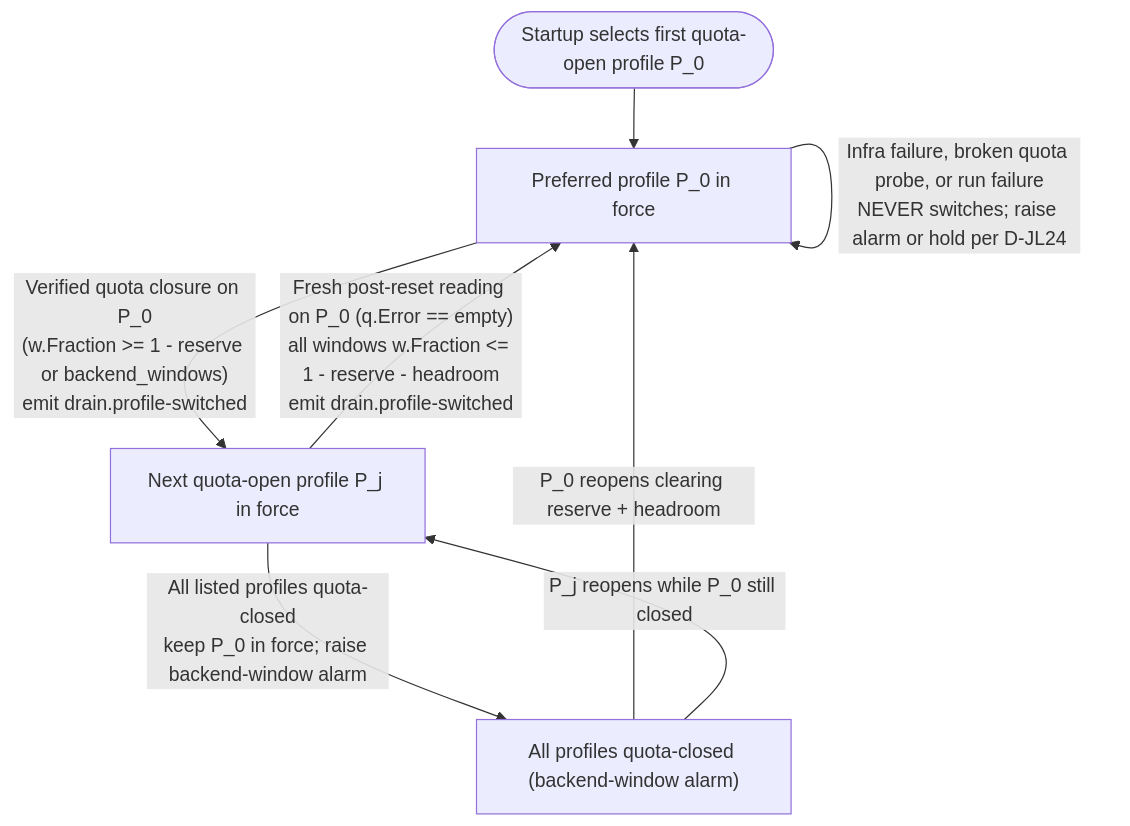
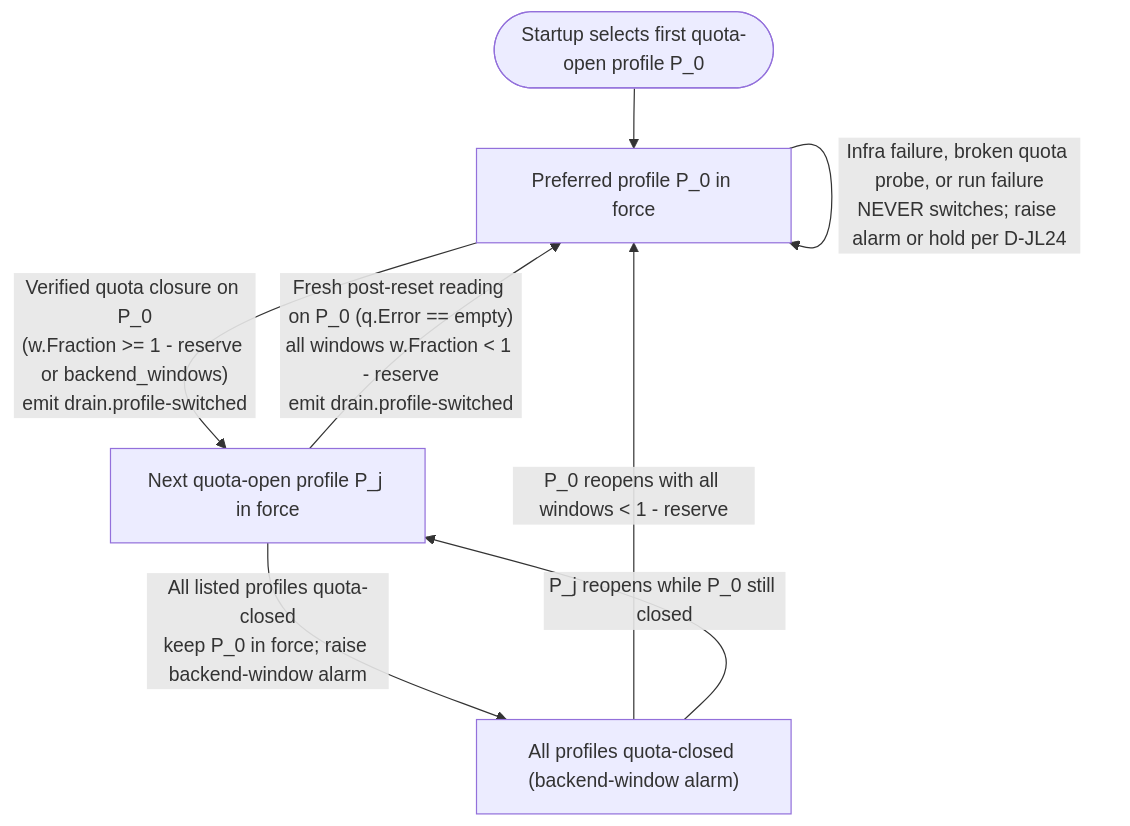
Before and after one commit to mschulkind-oss/tillr: the diagram in docs/design/tillr-quota-profile-switching.md, drawn with Mermaid. The commit also changed other lines of this file, not shown here.

Commit message:
docs(design): record 2026-11-28 owner rulings on quota profile switching

````diff
--- a/docs/design/tillr-quota-profile-switching.md
+++ b/docs/design/tillr-quota-profile-switching.md
@@ -164,10 +167,10 @@
 ```mermaid
 flowchart TD
     Start(["Startup selects first quota-open profile P_0"]) --> Pref["Preferred profile P_0 in force"]
     Pref -->|"Verified quota closure on P_0<br/>(w.Fraction >= 1 - reserve or backend_windows)<br/>emit drain.profile-switched"| Fall["Next quota-open profile P_j in force"]
     Pref -->|"Infra failure, broken quota probe, or run failure<br/>NEVER switches; raise alarm or hold per D-JL24"| Pref
-    Fall -->|"Fresh post-reset reading on P_0 (q.Error == empty)<br/>all windows w.Fraction <= 1 - reserve - headroom<br/>emit drain.profile-switched"| Pref
+    Fall -->|"Fresh post-reset reading on P_0 (q.Error == empty)<br/>all windows w.Fraction < 1 - reserve<br/>emit drain.profile-switched"| Pref
     Fall -->|"All listed profiles quota-closed<br/>keep P_0 in force; raise backend-window alarm"| Alarm["All profiles quota-closed (backend-window alarm)"]
-    Alarm -->|"P_0 reopens clearing reserve + headroom"| Pref
+    Alarm -->|"P_0 reopens with all windows < 1 - reserve"| Pref
     Alarm -->|"P_j reopens while P_0 still closed"| Fall
 ```
````
